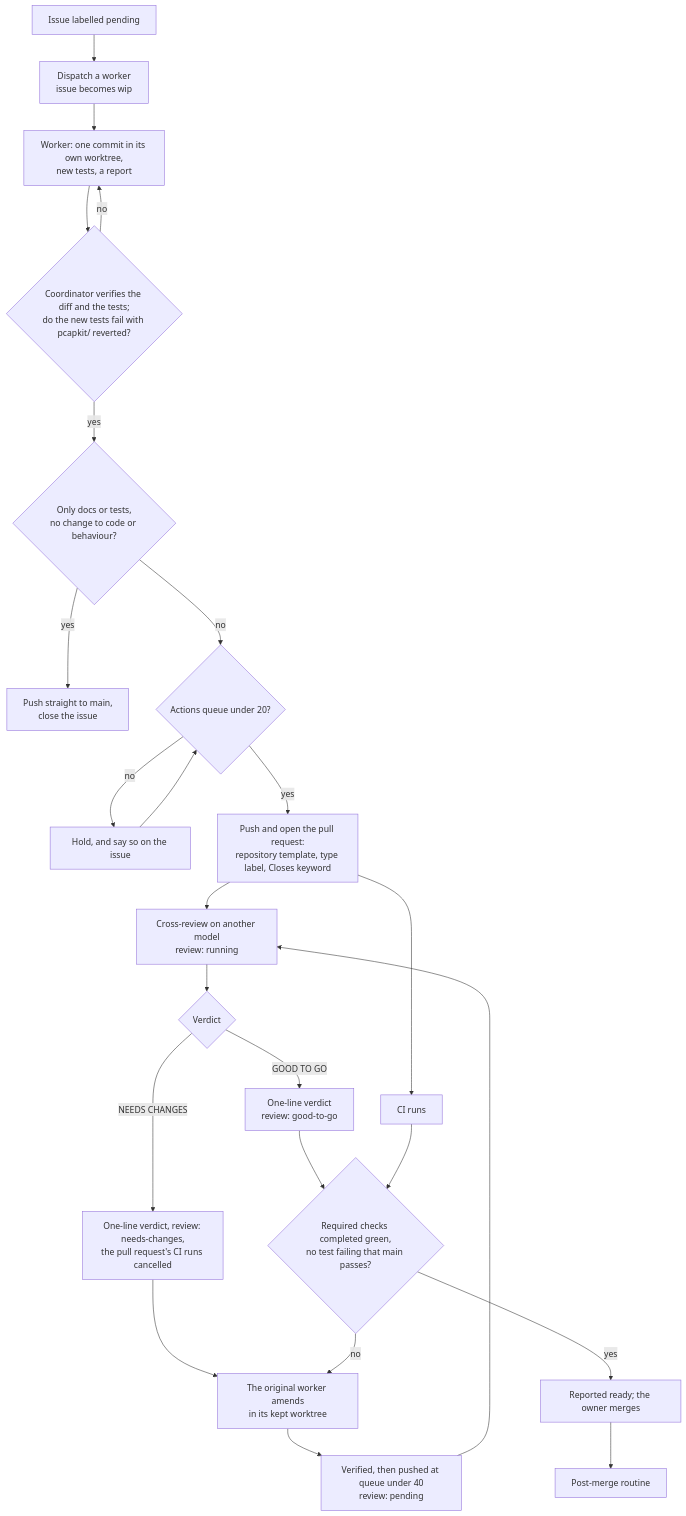
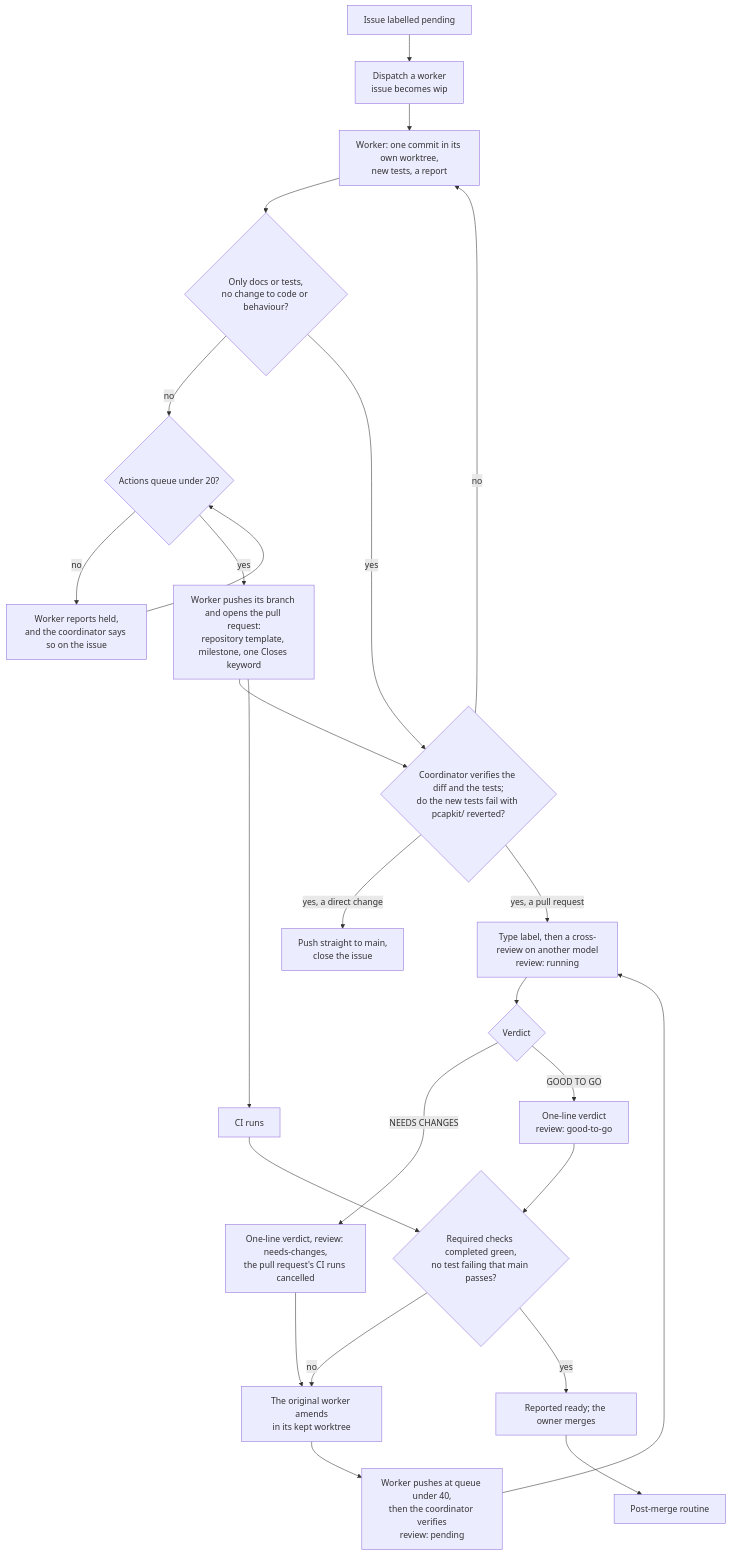
Before and after one commit to JarryShaw/PyPCAPKit: the fifth of 7 diagrams in docs/source/contributing/maintenance.rst, drawn with Mermaid. The commit also changed other lines of this file, not shown here.

First line of the commit message:
docs(maintenance): workers push their own branch and open their own pull request

```diff
--- a/docs/source/contributing/maintenance.rst
+++ b/docs/source/contributing/maintenance.rst
@@ -291,25 +297,26 @@
 .. mermaid::
 
    flowchart TD
        I["Issue labelled pending"] --> D["Dispatch a worker<br/>issue becomes wip"]
        D --> W["Worker: one commit in its own worktree,<br/>new tests, a report"]
-       W --> V{"Coordinator verifies the diff and the tests;<br/>do the new tests fail with pcapkit/ reverted?"}
+       W --> K{"Only docs or tests,<br/>no change to code or behaviour?"}
+       K -->|no| Q{"Actions queue under 20?"}
+       Q -->|no| H["Worker reports held,<br/>and the coordinator says so on the issue"] --> Q
+       Q -->|yes| P["Worker pushes its branch and opens the pull request:<br/>repository template, milestone, one Closes keyword"]
+       P --> V{"Coordinator verifies the diff and the tests;<br/>do the new tests fail with pcapkit/ reverted?"}
+       K -->|yes| V
        V -->|no| W
-       V -->|yes| K{"Only docs or tests,<br/>no change to code or behaviour?"}
-       K -->|yes| MAIN["Push straight to main,<br/>close the issue"]
-       K -->|no| Q{"Actions queue under 20?"}
-       Q -->|no| H["Hold, and say so on the issue"] --> Q
-       Q -->|yes| P["Push and open the pull request:<br/>repository template, type label, Closes keyword"]
-       P --> R["Cross-review on another model<br/>review: running"]
+       V -->|"yes, a direct change"| MAIN["Push straight to main,<br/>close the issue"]
+       V -->|"yes, a pull request"| R["Type label, then a cross-review on another model<br/>review: running"]
        P --> CI["CI runs"]
        R --> VD{"Verdict"}
        VD -->|NEEDS CHANGES| NC["One-line verdict, review: needs-changes,<br/>the pull request's CI runs cancelled"]
        NC --> FX["The original worker amends<br/>in its kept worktree"]
-       FX --> PU["Verified, then pushed at queue under 40<br/>review: pending"]
+       FX --> PU["Worker pushes at queue under 40,<br/>then the coordinator verifies<br/>review: pending"]
        PU --> R
        VD -->|GOOD TO GO| GG["One-line verdict<br/>review: good-to-go"]
        GG --> RDY{"Required checks completed green,<br/>no test failing that main passes?"}
        CI --> RDY
        RDY -->|no| FX
        RDY -->|yes| M["Reported ready; the owner merges"]
        M --> PM["Post-merge routine"]
```
